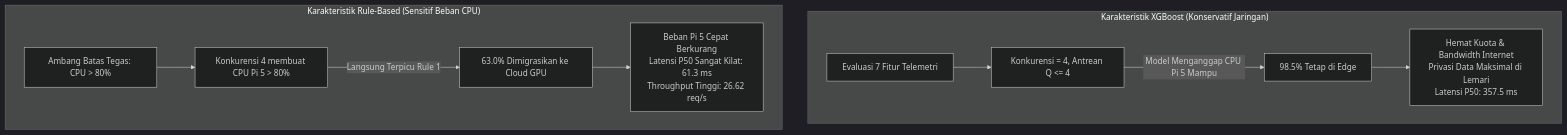
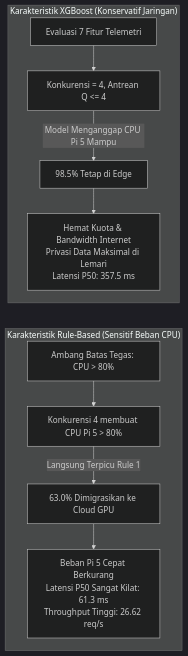
One commit to executeid/penlok changed the second of 2 diagrams in BENCHMARK_COMPARISON_XGB_VS_RULE.md. Above: the diagram before and after it, drawn with Mermaid (dark theme).

Commit message:
style(docs): force vertical stacking for benchmark characteristic subgraphs in mermaid

````diff
--- a/BENCHMARK_COMPARISON_XGB_VS_RULE.md
+++ b/BENCHMARK_COMPARISON_XGB_VS_RULE.md
@@ -94,14 +94,16 @@
 ```mermaid
 flowchart TD
     subgraph KarakterXGB ["Karakteristik XGBoost (Konservatif Jaringan)"]
         X1["Evaluasi 7 Fitur Telemetri"] --> X2["Konkurensi = 4, Antrean Q <= 4"]
         X2 -->|"Model Menganggap CPU Pi 5 Mampu"| X3["98.5% Tetap di Edge"]
         X3 --> X4["Hemat Kuota & Bandwidth Internet\nPrivasi Data Maksimal di Lemari\nLatensi P50: 357.5 ms"]
     end
 
     subgraph KarakterRule ["Karakteristik Rule-Based (Sensitif Beban CPU)"]
         R1["Ambang Batas Tegas: CPU > 80%"] --> R2["Konkurensi 4 membuat CPU Pi 5 > 80%"]
         R2 -->|"Langsung Terpicu Rule 1"| R3["63.0% Dimigrasikan ke Cloud GPU"]
         R3 --> R4["Beban Pi 5 Cepat Berkurang\nLatensi P50 Sangat Kilat: 61.3 ms\nThroughput Tinggi: 26.62 req/s"]
     end
+
+    X4 ~~~ R1
 ```
````
